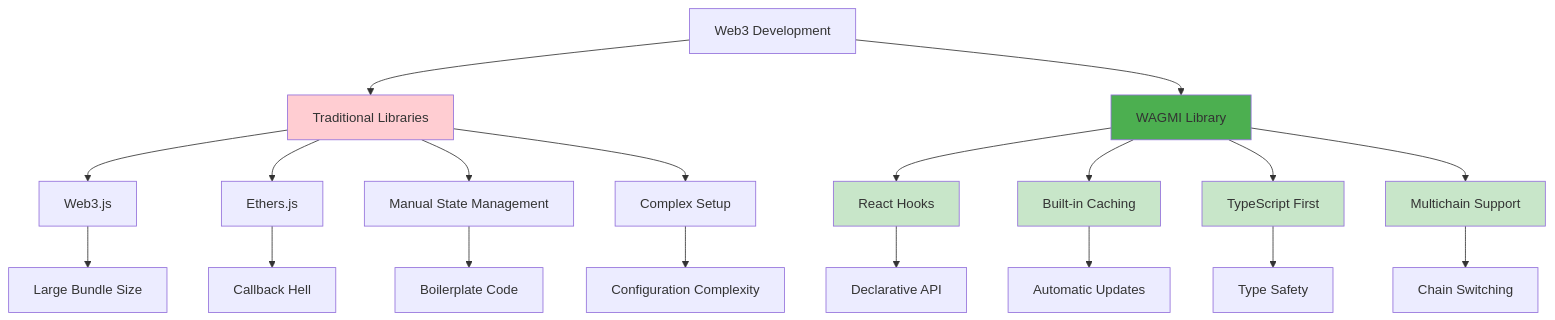
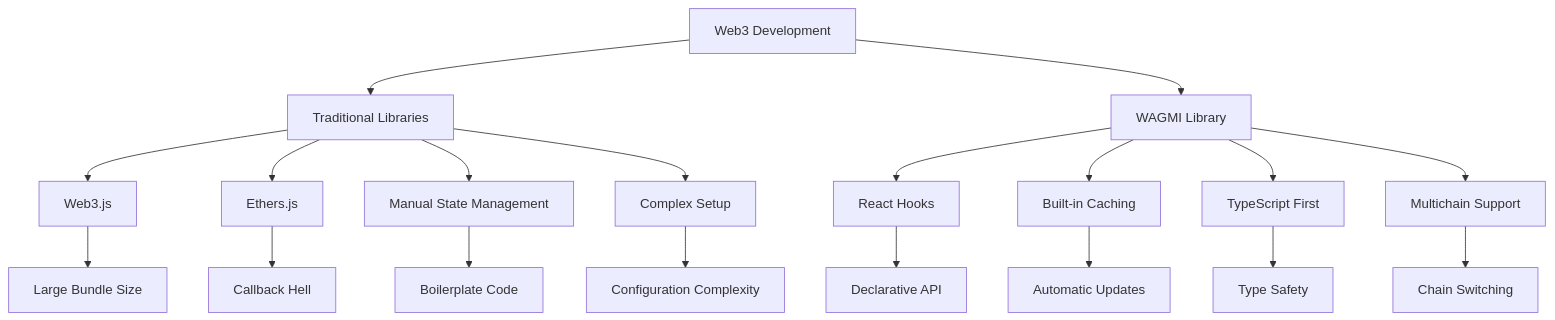
The diagram in public/api/articles/WAGMI-basics.md (shapkarin/shapkarin.me), drawn with Mermaid before and after one commit. The commit also changed other lines of this file and 67 other files, not shown here.

````diff
--- a/public/api/articles/WAGMI-basics.md
+++ b/public/api/articles/WAGMI-basics.md
@@ -72,32 +80,25 @@
 ```mermaid
 graph TD
     A[Web3 Development] --> B[Traditional Libraries]
     A --> C[WAGMI Library]
     
     B --> D[Web3.js]
     B --> E[Ethers.js]
     B --> F[Manual State Management]
     B --> G[Complex Setup]
     
     C --> H[React Hooks]
     C --> I[Built-in Caching]
     C --> J[TypeScript First]
     C --> K[Multichain Support]
     
     D --> L[Large Bundle Size]
     E --> M[Callback Hell]
     F --> N[Boilerplate Code]
     G --> O[Configuration Complexity]
     
     H --> P[Declarative API]
     I --> Q[Automatic Updates]
     J --> R[Type Safety]
     K --> S[Chain Switching]
-    
-    style C fill:#4caf50
-    style H fill:#c8e6c9
-    style I fill:#c8e6c9
-    style J fill:#c8e6c9
-    style K fill:#c8e6c9
-    style B fill:#ffcdd2
 ```
````
